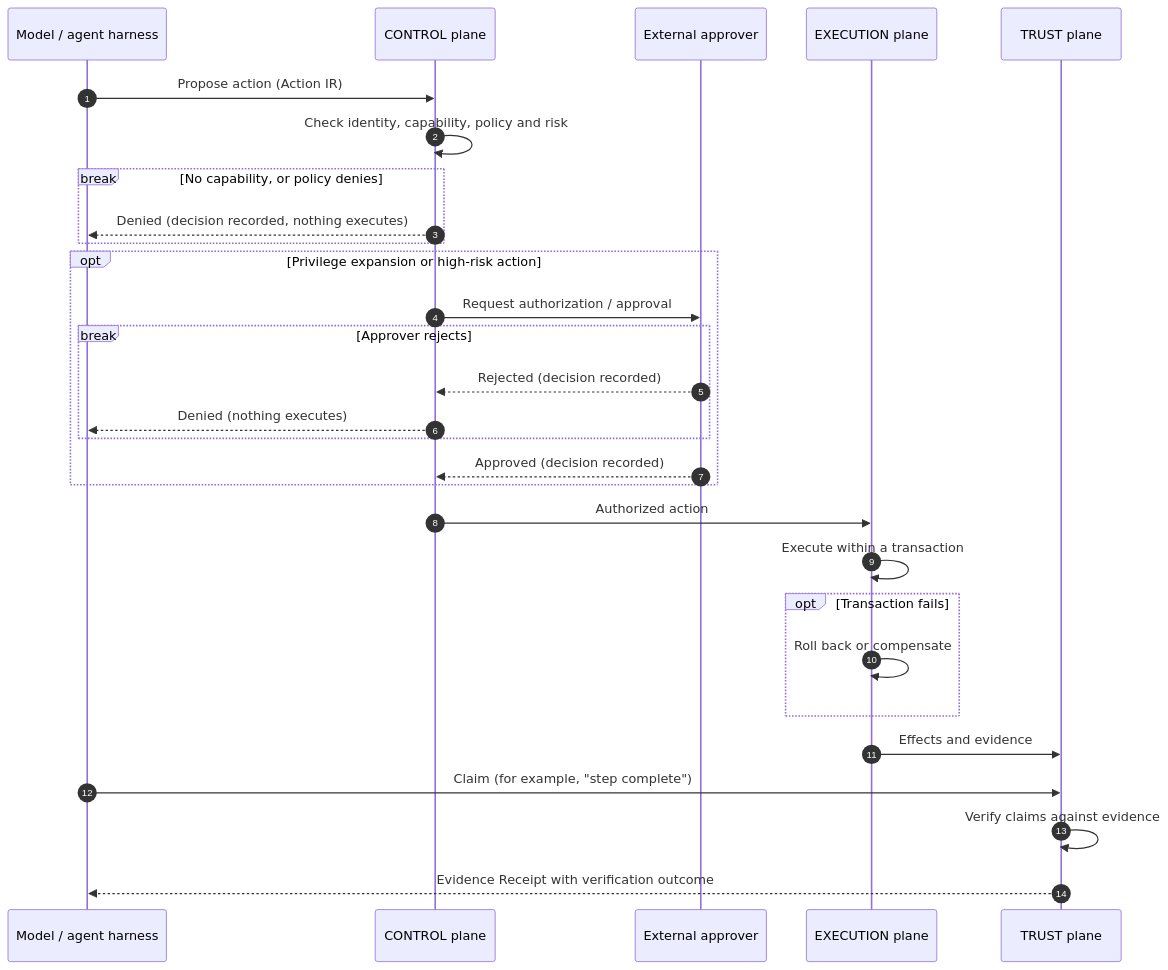
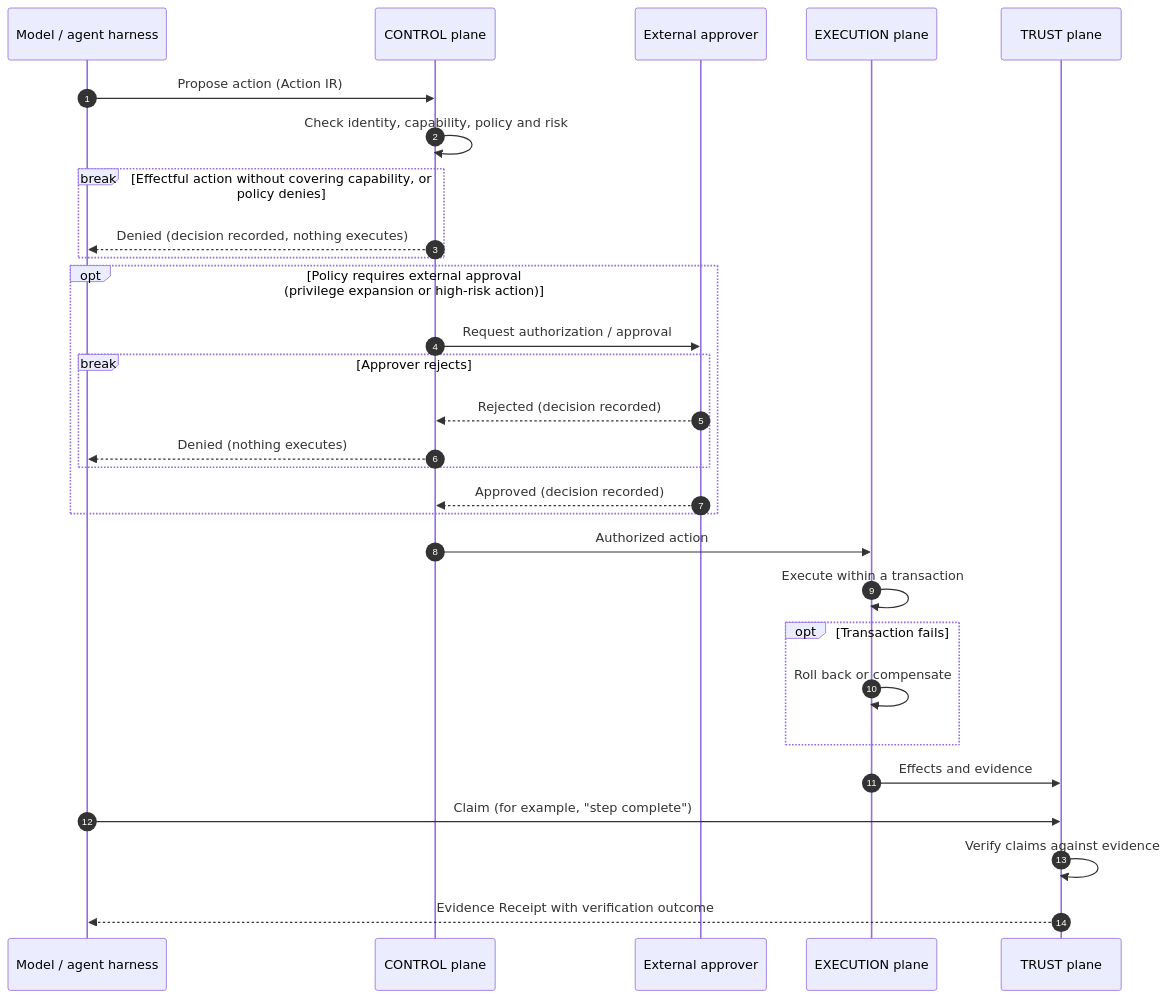
The second of 2 diagrams in docs/architecture/overview.md (CuberGROS/proof-runtime), drawn with Mermaid before and after one commit. The commit also changed other lines of this file and 2 other files, not shown here.

````diff
--- a/docs/architecture/overview.md
+++ b/docs/architecture/overview.md
@@ -156,36 +158,36 @@
 ```mermaid
 sequenceDiagram
     autonumber
     participant M as Model / agent harness
     participant C as CONTROL plane
     participant A as External approver
     participant E as EXECUTION plane
     participant T as TRUST plane
 
     M->>C: Propose action (Action IR)
     C->>C: Check identity, capability, policy and risk
 
-    break No capability, or policy denies
+    break Effectful action without covering capability, or policy denies
         C-->>M: Denied (decision recorded, nothing executes)
     end
 
-    opt Privilege expansion or high-risk action
+    opt Policy requires external approval (privilege expansion or high-risk action)
         C->>A: Request authorization / approval
         break Approver rejects
             A-->>C: Rejected (decision recorded)
             C-->>M: Denied (nothing executes)
         end
         A-->>C: Approved (decision recorded)
     end
 
     C->>E: Authorized action
     E->>E: Execute within a transaction
     opt Transaction fails
         E->>E: Roll back or compensate
     end
     E->>T: Effects and evidence
 
     M->>T: Claim (for example, "step complete")
     T->>T: Verify claims against evidence
     T-->>M: Evidence Receipt with verification outcome
 ```
````
